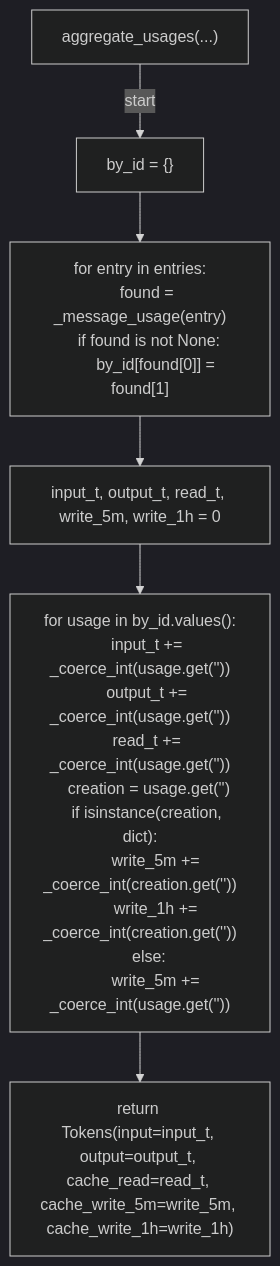
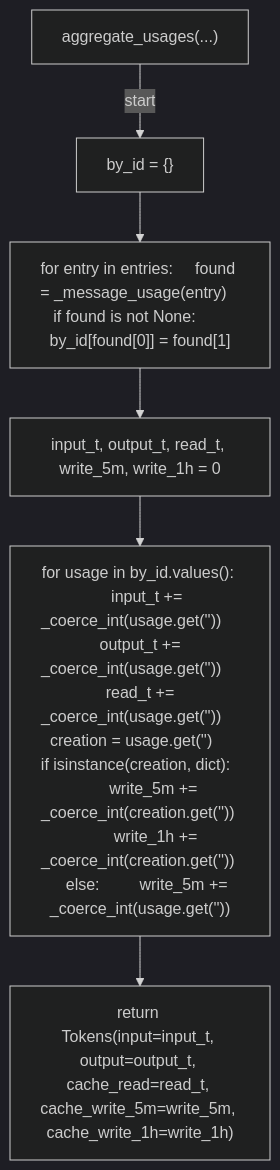
Before and after one commit to tvna/claude-md: the third of 13 diagrams in docs/generated/scripts/ast/session_cost_structure.md, drawn with Mermaid (dark theme). The commit also changed other lines of this file and 23 other files, not shown here.

First line of the commit message:
docs(generated): regenerate decision tree and workflow diagrams (batch 4/5)

````diff
--- a/docs/generated/scripts/ast/session_cost_structure.md
+++ b/docs/generated/scripts/ast/session_cost_structure.md
@@ -47,26 +47,14 @@
 ```mermaid
 flowchart TD
     N001["aggregate_usages(...)"]
     N002["by_id = {}"]
-    N003["for entry in entries:
-    found = _message_usage(entry)
-    if found is not None:
-        by_id[found[0]] = found[1]"]
+    N003["for entry in entries:     found = _message_usage(entry)     if found is not None:         by_id[found[0]] = found[1]"]
     N004["input_t, output_t, read_t, write_5m, write_1h = 0"]
-    N005["for usage in by_id.values():
-    input_t += _coerce_int(usage.get('<str>'))
-    output_t += _coerce_int(usage.get('<str>'))
-    read_t += _coerce_int(usage.get('<str>'))
-    creation = usage.get('<str>')
-    if isinstance(creation, dict):
-        write_5m += _coerce_int(creation.get('<str>'))
-        write_1h += _coerce_int(creation.get('<str>'))
-    else:
-        write_5m += _coerce_int(usage.get('<str>'))"]
+    N005["for usage in by_id.values():     input_t += _coerce_int(usage.get('<str>'))     output_t += _coerce_int(usage.get('<str>'))     read_t += _coerce_int(usage.get('<str>'))     creation = usage.get('<str>')     if isinstance(creation, dict):         write_5m += _coerce_int(creation.get('<str>'))         write_1h += _coerce_int(creation.get('<str>'))     else:         write_5m += _coerce_int(usage.get('<str>'))"]
     N006["return Tokens(input=input_t, output=output_t, cache_read=read_t, cache_write_5m=write_5m, cache_write_1h=write_1h)"]
     N001 -->|"start"| N002
     N002 --> N003
     N003 --> N004
     N004 --> N005
     N005 --> N006
 ```
````
